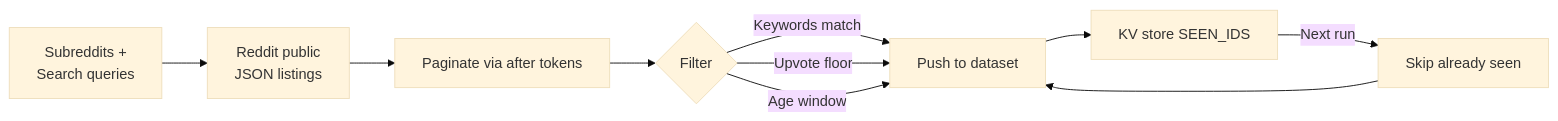
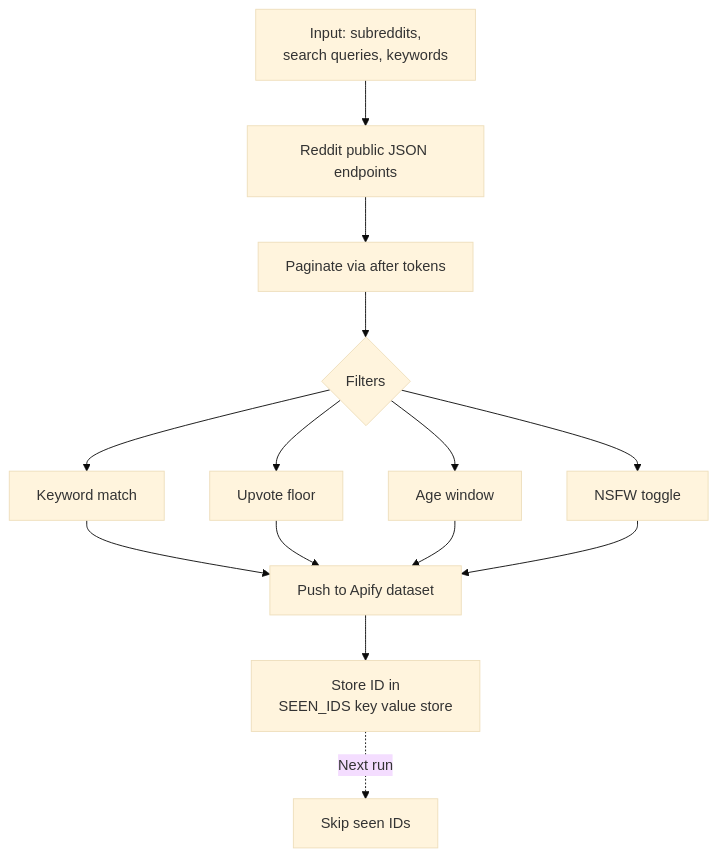
Before and after one commit to Ken-Mutisya/scrapemint: the second of 3 diagrams in actors/reddit-lead-monitor/README.md, drawn with Mermaid (base theme). The commit also changed other lines of this file and 3 other files, not shown here.

First line of the commit message:
Tighten Reddit, HN, Product Hunt, and Amazon READMEs for organic search

````diff
--- a/actors/reddit-lead-monitor/README.md
+++ b/actors/reddit-lead-monitor/README.md
@@ -34,12 +36,13 @@
 ```mermaid
-flowchart LR
-    A[Subreddits +<br/>Search queries] --> B[Reddit public<br/>JSON listings]
+flowchart TD
+    A[Input: subreddits,<br/>search queries, keywords] --> B[Reddit public JSON endpoints]
     B --> C[Paginate via after tokens]
-    C --> D{Filter}
-    D -->|Keywords match| E[Push to dataset]
-    D -->|Upvote floor| E
-    D -->|Age window| E
-    E --> F[KV store SEEN_IDS]
-    F -->|Next run| G[Skip already seen]
-    G --> E
+    C --> D{Filters}
+    D --> E[Keyword match]
+    D --> F[Upvote floor]
+    D --> G[Age window]
+    D --> H[NSFW toggle]
+    E & F & G & H --> I[Push to Apify dataset]
+    I --> J[Store ID in<br/>SEEN_IDS key value store]
+    J -.->|Next run| K[Skip seen IDs]
 ```
````
